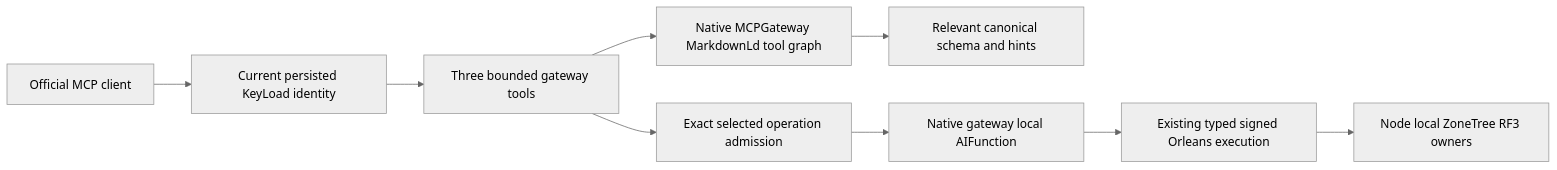
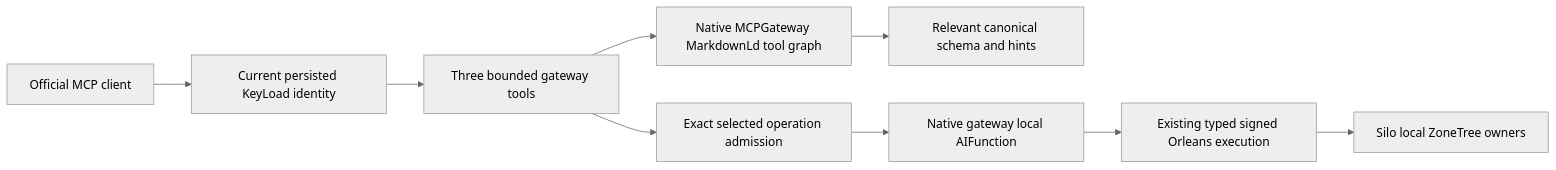
The diagram in docs/Features/ClientApi/ToolDiscovery.md (managedcode/KeyLoad), drawn with Mermaid (neutral theme) before and after one commit. The commit also changed other lines of this file and 7356 other files, not shown here.

````diff
--- a/docs/Features/ClientApi/ToolDiscovery.md
+++ b/docs/Features/ClientApi/ToolDiscovery.md
@@ -33,11 +30,11 @@
 ```mermaid
 flowchart LR
     Caller[Official MCP client] --> Auth[Current persisted KeyLoad identity]
     Auth --> Meta[Three bounded gateway tools]
     Meta --> Search[Native MCPGateway MarkdownLd tool graph]
     Search --> Schema[Relevant canonical schema and hints]
     Meta --> Admission[Exact selected operation admission]
     Admission --> Invoke[Native gateway local AIFunction]
     Invoke --> Existing[Existing typed signed Orleans execution]
-    Existing --> RF3[Node local ZoneTree RF3 owners]
+    Existing --> Owners[Silo local ZoneTree owners]
 ```
````
